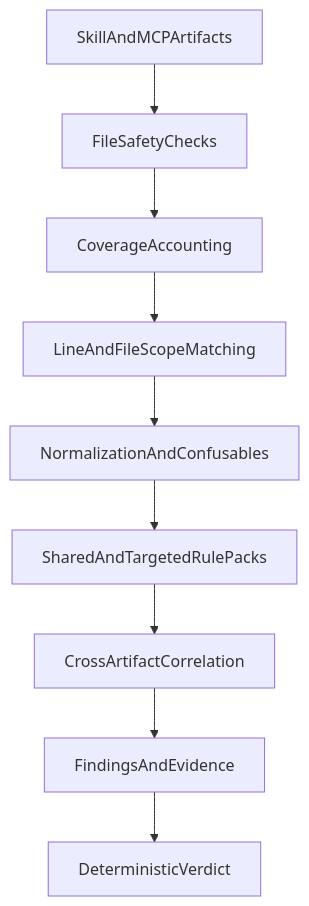
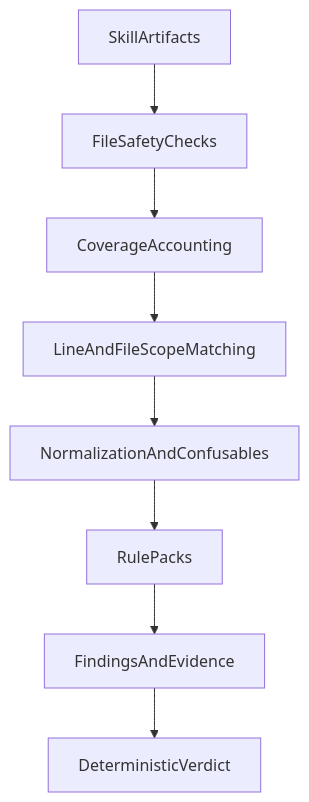
The diagram in .agent/plans/005/PLAN-005-complete-detection-hardening.md (kkdub/skill-scan), drawn with Mermaid before and after one commit. The commit also changed other lines of this file, not shown here.

````diff
--- a/.agent/plans/005/PLAN-005-complete-detection-hardening.md
+++ b/.agent/plans/005/PLAN-005-complete-detection-hardening.md
@@ -161,11 +121,10 @@
 ```mermaid
 flowchart TD
-    input[SkillAndMCPArtifacts] --> fs[FileSafetyChecks]
+    input[SkillArtifacts] --> fs[FileSafetyChecks]
     fs --> cov[CoverageAccounting]
     cov --> scan[LineAndFileScopeMatching]
     scan --> norm[NormalizationAndConfusables]
-    norm --> rules[SharedAndTargetedRulePacks]
-    rules --> corr[CrossArtifactCorrelation]
-    corr --> findings[FindingsAndEvidence]
+    norm --> rules[RulePacks]
+    rules --> findings[FindingsAndEvidence]
     findings --> verdict[DeterministicVerdict]
 ```
````
